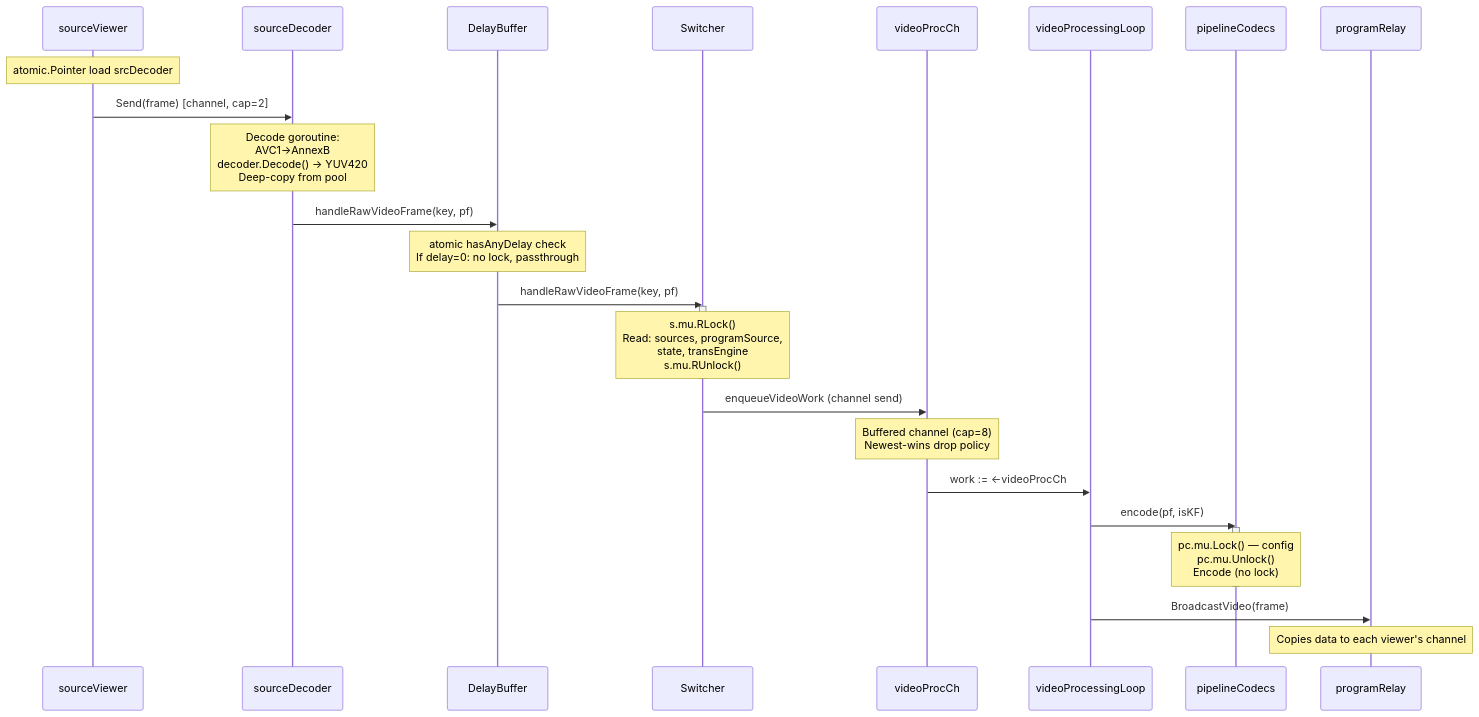
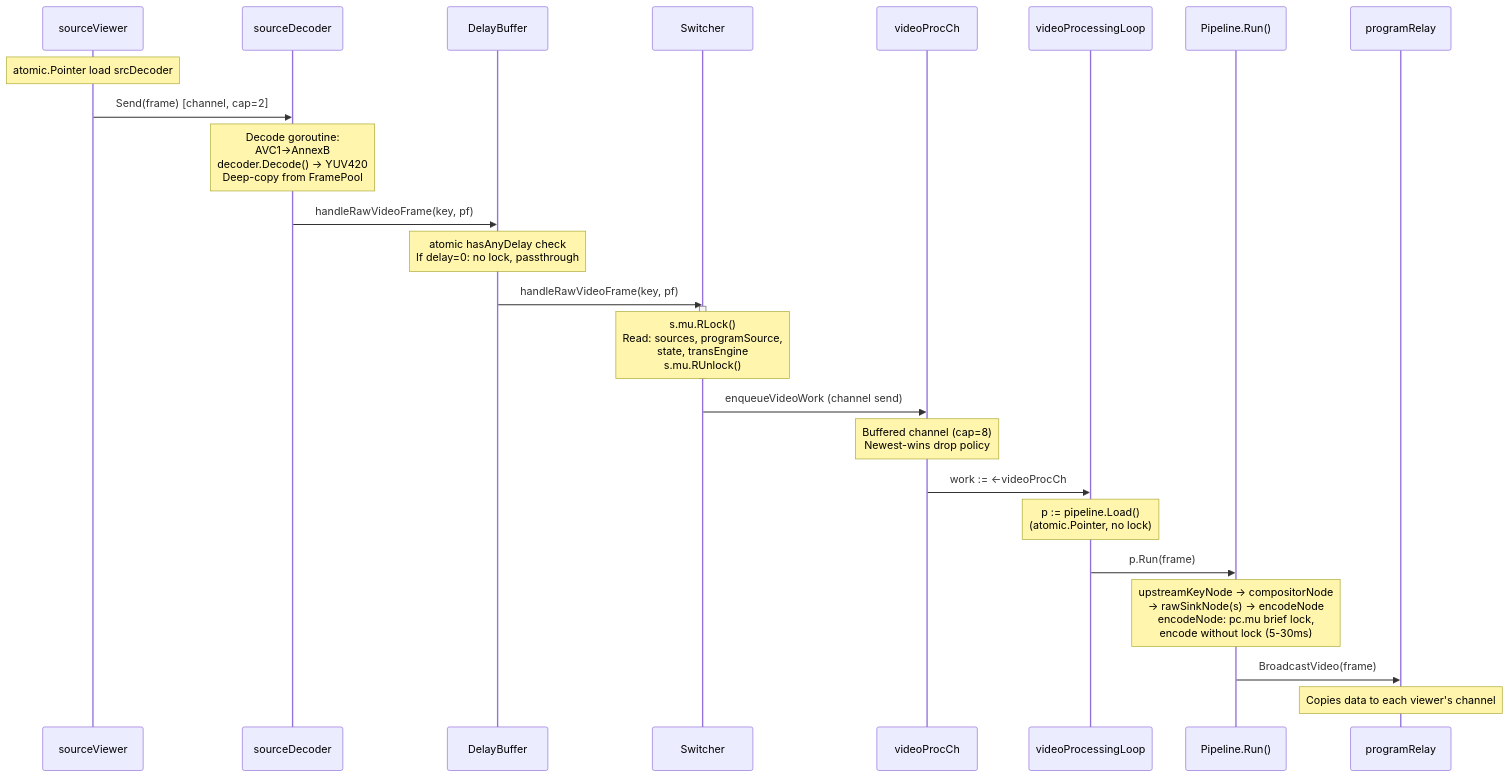
The second of 8 diagrams in docs/locking-and-concurrency.md (zsiec/switchframe), drawn with Mermaid before and after one commit. The commit also changed other lines of this file and 1 other file, not shown here.

````diff
--- a/docs/locking-and-concurrency.md
+++ b/docs/locking-and-concurrency.md
@@ -143,35 +146,33 @@
 ```mermaid
 sequenceDiagram
     participant SV as sourceViewer
     participant SD as sourceDecoder
     participant DB as DelayBuffer
     participant SW as Switcher
     participant CH as videoProcCh
     participant PL as videoProcessingLoop
-    participant PC as pipelineCodecs
+    participant PIPE as Pipeline.Run()
     participant PR as programRelay
 
     Note over SV: atomic.Pointer load srcDecoder
     SV->>SD: Send(frame) [channel, cap=2]
-    Note over SD: Decode goroutine:<br/>AVC1→AnnexB<br/>decoder.Decode() → YUV420<br/>Deep-copy from pool
+    Note over SD: Decode goroutine:<br/>AVC1→AnnexB<br/>decoder.Decode() → YUV420<br/>Deep-copy from FramePool
 
     SD->>DB: handleRawVideoFrame(key, pf)
     Note over DB: atomic hasAnyDelay check<br/>If delay=0: no lock, passthrough
 
     DB->>SW: handleRawVideoFrame(key, pf)
     activate SW
     Note over SW: s.mu.RLock()<br/>Read: sources, programSource,<br/>state, transEngine<br/>s.mu.RUnlock()
     deactivate SW
 
     SW->>CH: enqueueVideoWork (channel send)
     Note over CH: Buffered channel (cap=8)<br/>Newest-wins drop policy
 
     CH->>PL: work := <-videoProcCh
-    PL->>PC: encode(pf, isKF)
-    activate PC
-    Note over PC: pc.mu.Lock() — config<br/>pc.mu.Unlock()<br/>Encode (no lock)
-    deactivate PC
-
-    PL->>PR: BroadcastVideo(frame)
+    Note over PL: p := pipeline.Load()<br/>(atomic.Pointer, no lock)
+    PL->>PIPE: p.Run(frame)
+    Note over PIPE: upstreamKeyNode → compositorNode<br/>→ rawSinkNode(s) → encodeNode<br/>encodeNode: pc.mu brief lock,<br/>encode without lock (5-30ms)
+    PIPE->>PR: BroadcastVideo(frame)
     Note over PR: Copies data to each viewer's channel
 ```
````
